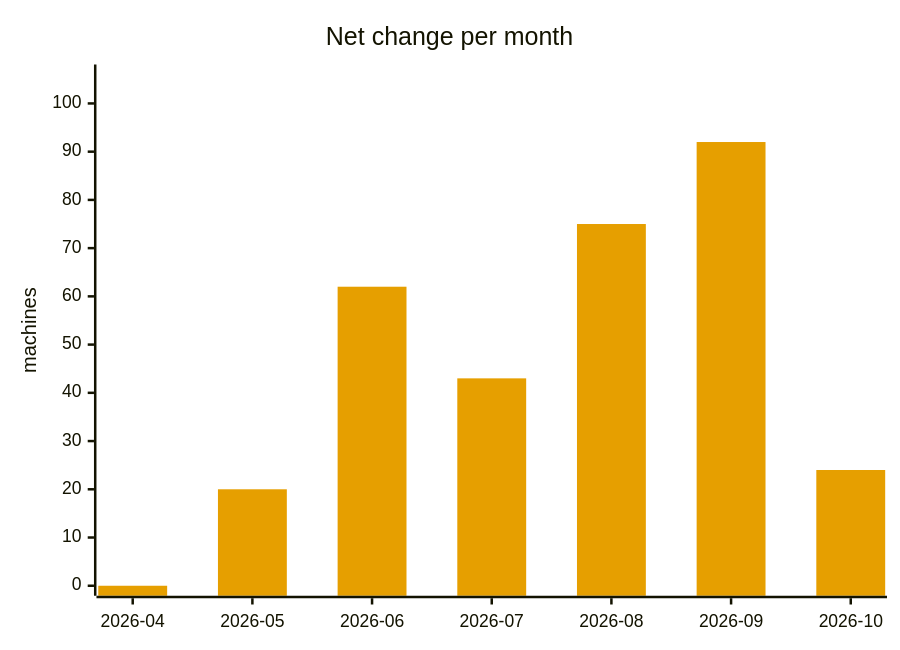
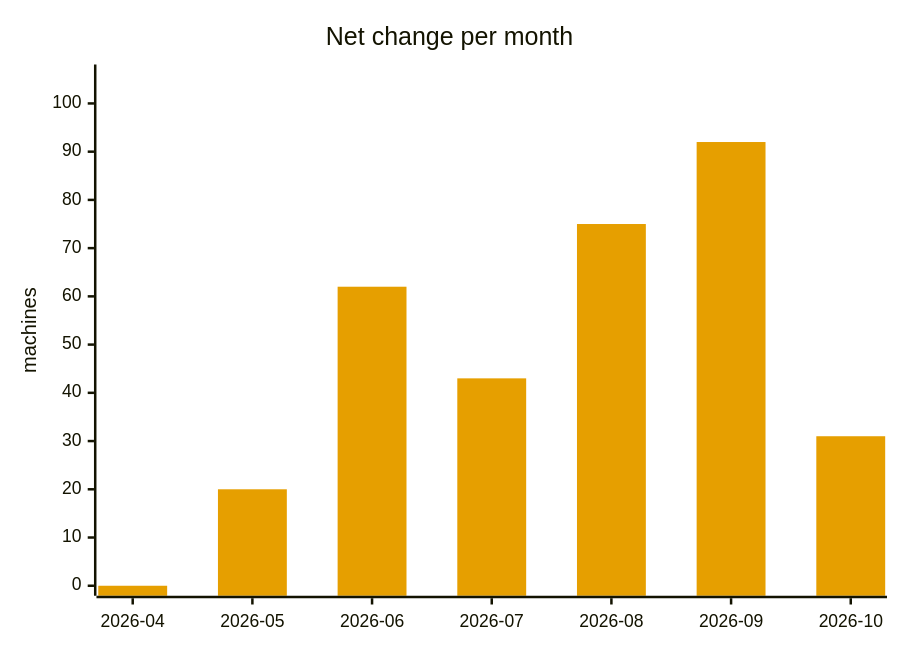
The fifth of 5 diagrams in ANALYSIS.md (cheeaun/returnright-data), drawn with Mermaid before and after one commit. The commit also changed other lines of this file and 4 other files, not shown here.

````diff
--- a/ANALYSIS.md
+++ b/ANALYSIS.md
@@ -263,13 +263,13 @@
 ```mermaid
 ---
 config:
   themeVariables:
     xyChart:
       plotColorPalette: "#E69F00"
 ---
 xychart-beta
     title "Net change per month"
     x-axis ["2026-04", "2026-05", "2026-06", "2026-07", "2026-08", "2026-09", "2026-10"]
     y-axis "machines" 0 --> 106
-    bar [0, 20, 62, 43, 75, 92, 24]
+    bar [0, 20, 62, 43, 75, 92, 31]
 ```
````
